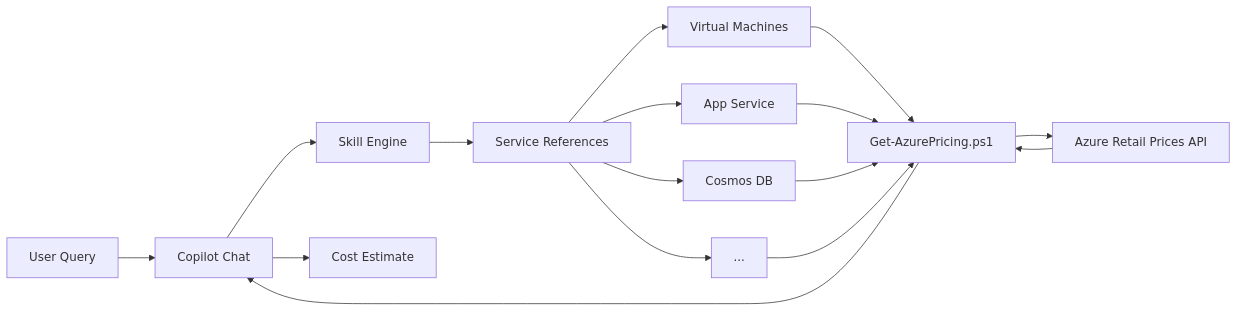
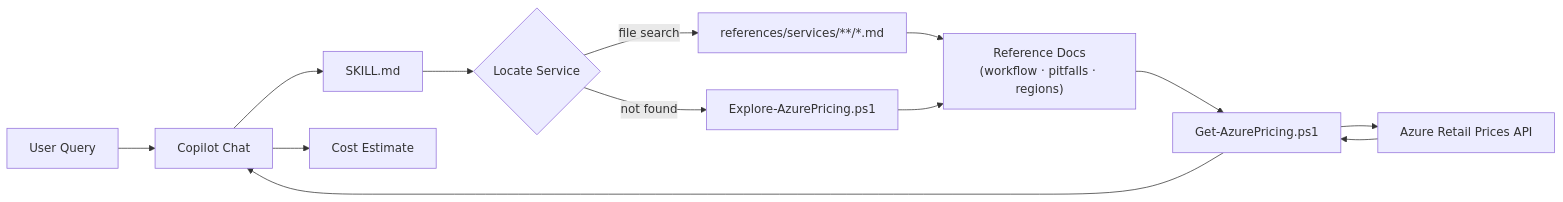
The diagram in README.md (ahmadabdalla/azure-cost-calculator), drawn with Mermaid before and after one commit. The commit also changed other lines of this file and 1 other file, not shown here.

Commit message:
Update service categories and examples in documentation for clarity and completeness

````diff
--- a/README.md
+++ b/README.md
@@ -87,15 +87,15 @@
 ```mermaid
 flowchart LR
     A[User Query] --> B[Copilot Chat]
-    B --> C[Skill Engine]
-    C --> D[Service References]
-    D --> D1[Virtual Machines]
-    D --> D2[App Service]
-    D --> D3[Cosmos DB]
-    D --> D4[...]
-    D1 & D2 & D3 & D4 --> E[Get-AzurePricing.ps1]
-    E --> F[Azure Retail Prices API]
-    F --> E
-    E --> B
-    B --> G[Cost Estimate]
+    B --> C[SKILL.md]
+    C --> D{Locate Service}
+    D -->|file search| E["references/services/**/*.md"]
+    D -->|not found| F[Explore-AzurePricing.ps1]
+    E --> G["Reference Docs\n(workflow · pitfalls · regions)"]
+    F --> G
+    G --> H[Get-AzurePricing.ps1]
+    H --> I[Azure Retail Prices API]
+    I --> H
+    H --> B
+    B --> J[Cost Estimate]
 ```
````
